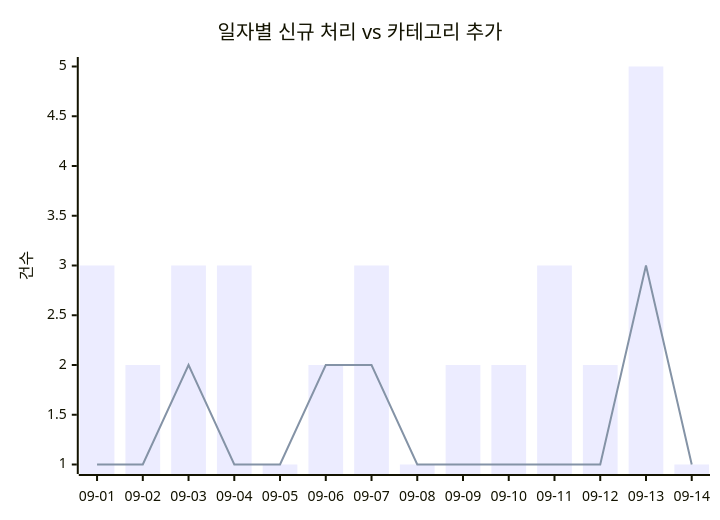
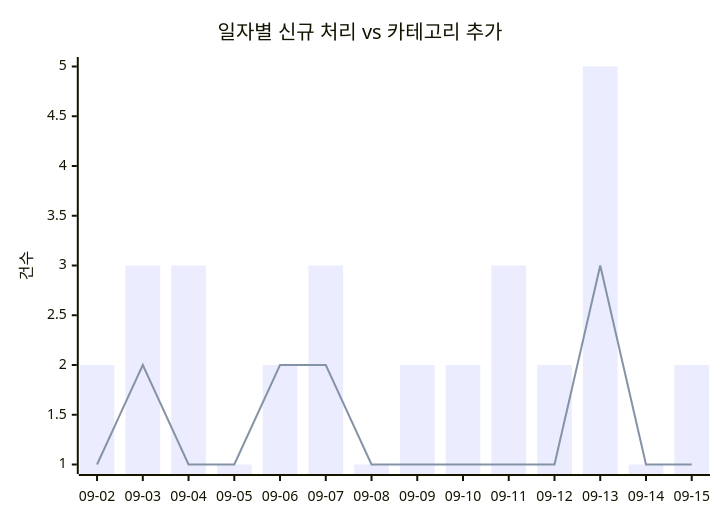
The first of 2 diagrams in docs/trends.md (J-nowcow/awesome-korean-agent-skills), drawn with Mermaid before and after one commit. The commit also changed other lines of this file and 4 other files, not shown here.

````diff
--- a/docs/trends.md
+++ b/docs/trends.md
@@ -32,8 +32,8 @@
 ```mermaid
 xychart-beta
     title "일자별 신규 처리 vs 카테고리 추가"
-    x-axis ["09-01","09-02","09-03","09-04","09-05","09-06","09-07","09-08","09-09","09-10","09-11","09-12","09-13","09-14"]
+    x-axis ["09-02","09-03","09-04","09-05","09-06","09-07","09-08","09-09","09-10","09-11","09-12","09-13","09-14","09-15"]
     y-axis "건수"
-    bar [3,2,3,3,1,2,3,1,2,2,3,2,5,1]
-    line [1,1,2,1,1,2,2,1,1,1,1,1,3,1]
+    bar [2,3,3,1,2,3,1,2,2,3,2,5,1,2]
+    line [1,2,1,1,2,2,1,1,1,1,1,3,1,1]
 ```
````
